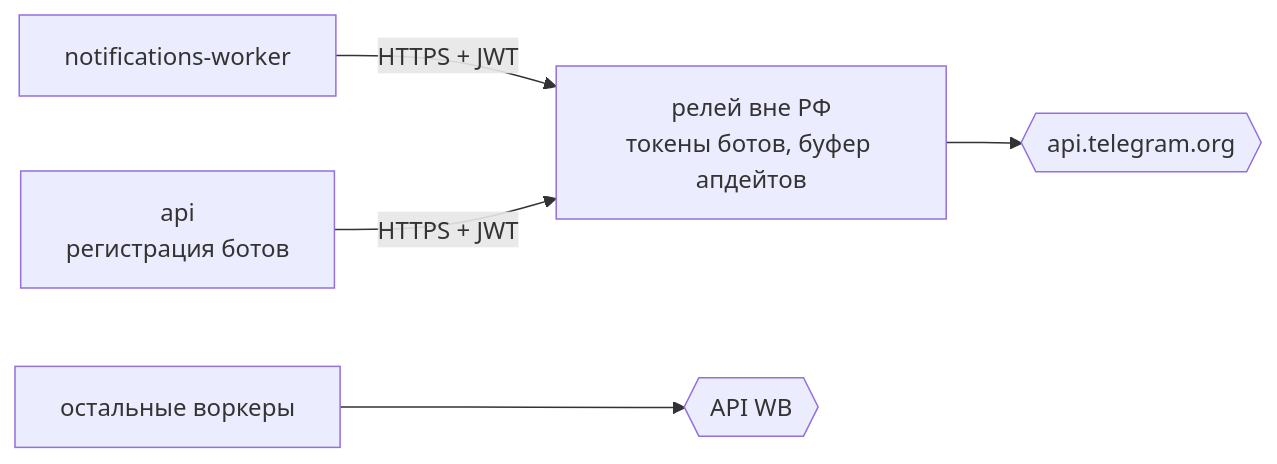
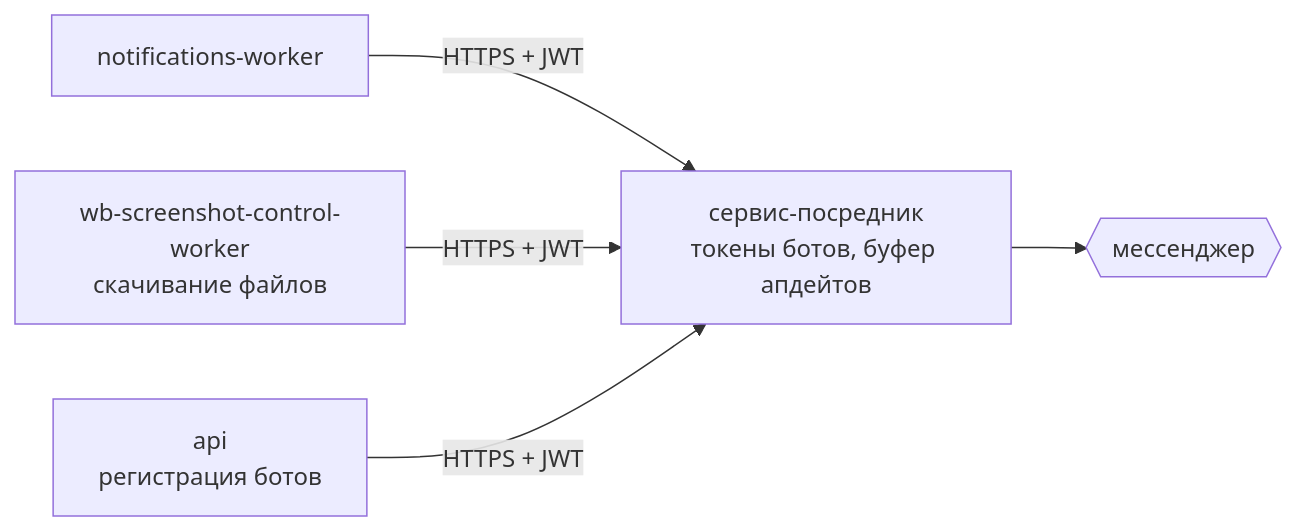
One commit to krionefishy/karbi changed the second of 3 diagrams in docs/architecture/NETWORK_AND_EGRESS.md. Above: the diagram before and after it, drawn with Mermaid. The commit also changed other lines of this file and 12 other files, not shown here.

Commit message:
Документация и комментарии: мессенджер — через сервис-посредник, без причин, сетевой схемы и размещения; раздел об интерактивных ботах

````diff
--- a/docs/architecture/NETWORK_AND_EGRESS.md
+++ b/docs/architecture/NETWORK_AND_EGRESS.md
@@ -46,13 +41,12 @@
 ```mermaid
 flowchart LR
     worker["notifications-worker"]
+    screens["wb-screenshot-control-worker<br/>скачивание файлов"]
     api["api<br/>регистрация ботов"]
-    relay["релей вне РФ<br/>токены ботов, буфер апдейтов"]
-    tg{{"api.telegram.org"}}
-    others["остальные воркеры"]
-    wb{{"API WB"}}
+    relay["сервис-посредник<br/>токены ботов, буфер апдейтов"]
+    tg{{"мессенджер"}}
 
     worker -->|"HTTPS + JWT"| relay --> tg
+    screens -->|"HTTPS + JWT"| relay
     api -->|"HTTPS + JWT"| relay
-    others --> wb
 ```
````
